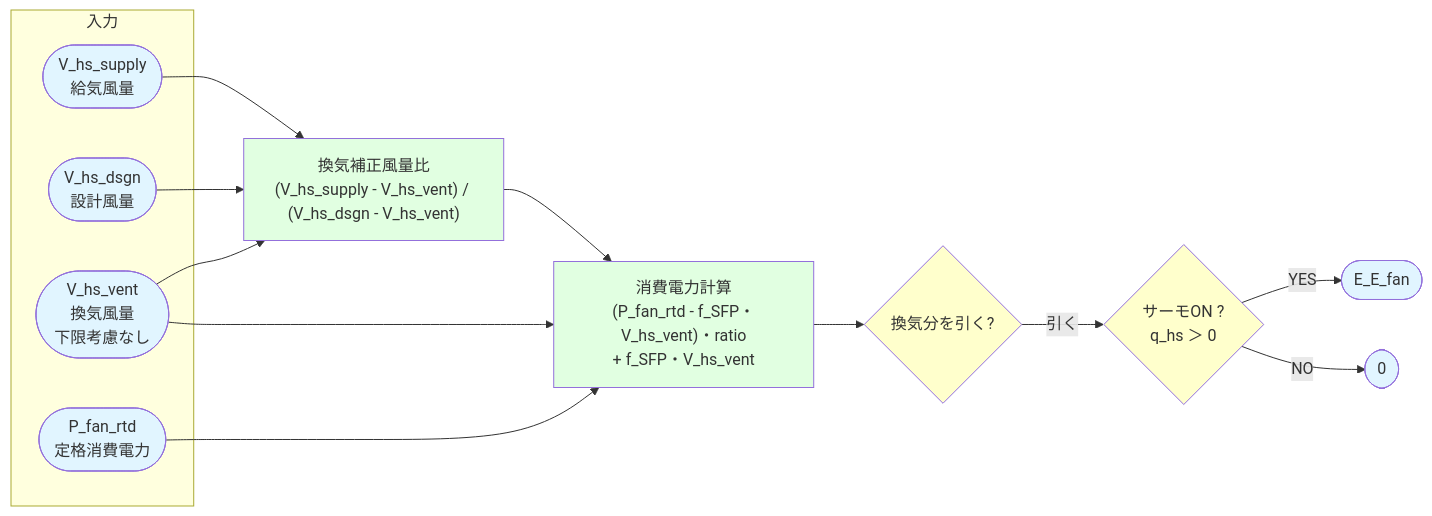
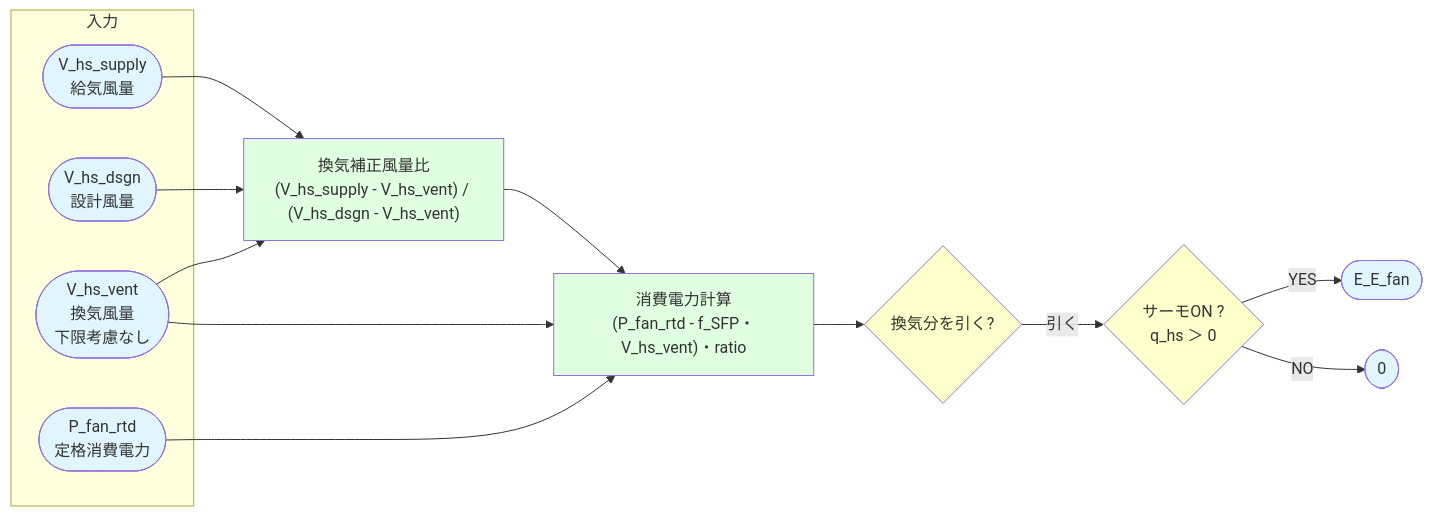
Before and after one commit to iguchi-lab/Verification-Platform-Next: the fifth of 8 diagrams in docs/最低風量_最低電力_直接入力.md, drawn with Mermaid.

Commit message:
docs: fix Before diagram formula and restore ステップ4 note

````diff
--- a/docs/最低風量_最低電力_直接入力.md
+++ b/docs/最低風量_最低電力_直接入力.md
@@ -174,30 +174,30 @@
 ```mermaid
 flowchart LR
 
 subgraph 入力
     V(["V_hs_supply<br/>給気風量"])
     V_dsgn(["V_hs_dsgn<br/>設計風量"])
     V_vent(["V_hs_vent<br/>換気風量<br/>下限考慮なし"])
     P(["P_fan_rtd<br/>定格消費電力"])
 end
 
 V & V_dsgn & V_vent --> Ratio["換気補正風量比<br/>(V_hs_supply - V_hs_vent) / (V_hs_dsgn - V_hs_vent)"]
 
-Ratio & P & V_vent --> Power["消費電力計算<br/>(P_fan_rtd - f_SFP・V_hs_vent)・ratio</br>+ f_SFP・V_hs_vent"]
+Ratio & P & V_vent --> Power["消費電力計算<br/>(P_fan_rtd - f_SFP・V_hs_vent)・ratio"]
 
 Power --> SVPCheck{換気分を引く?}
 SVPCheck -->|引く| Check{サーモON ?<br/>q_hs ＞ 0}
 Check -->|YES| Result(["E_E_fan"])
 Check -->|NO| Zero([0])
 
 style V fill:#e1f5ff
 style V_dsgn fill:#e1f5ff
 style V_vent fill:#e1f5ff
 style P fill:#e1f5ff
 style Ratio fill:#e1ffe1
 style Power fill:#e1ffe1
 style SVPCheck fill:#ffffcc
 style Check fill:#ffffcc
 style Result fill:#e1f5ff
 style Zero fill:#e1f5ff
 ```
````
